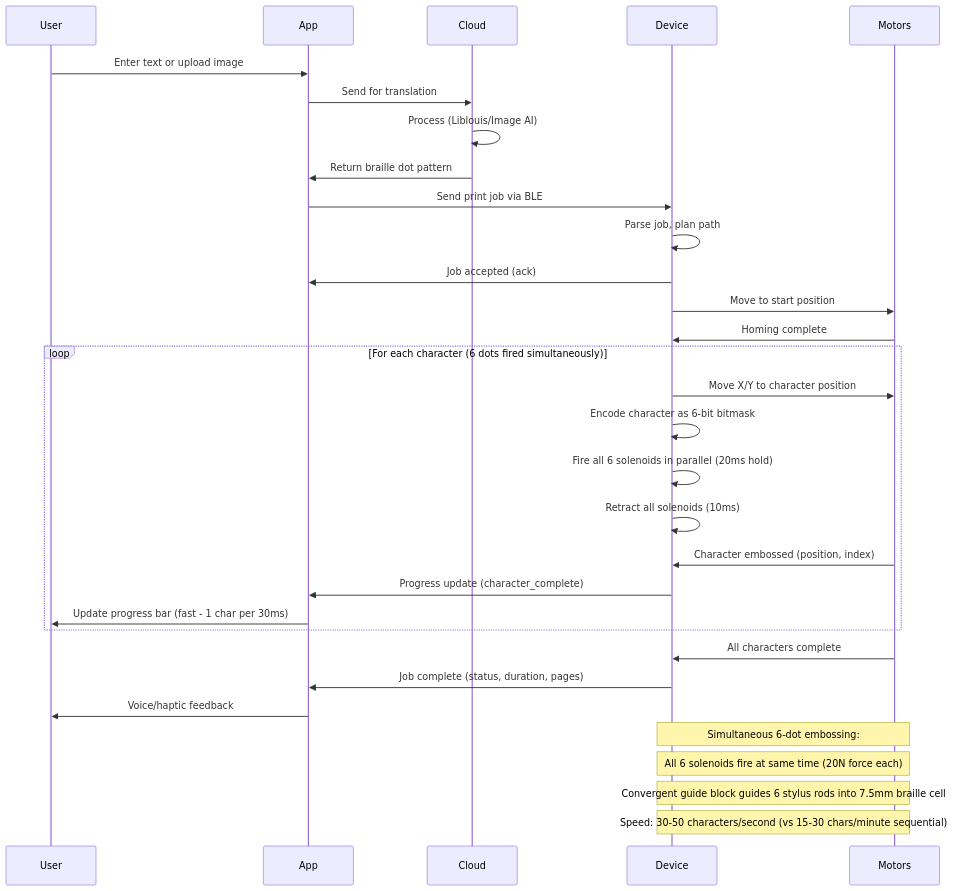
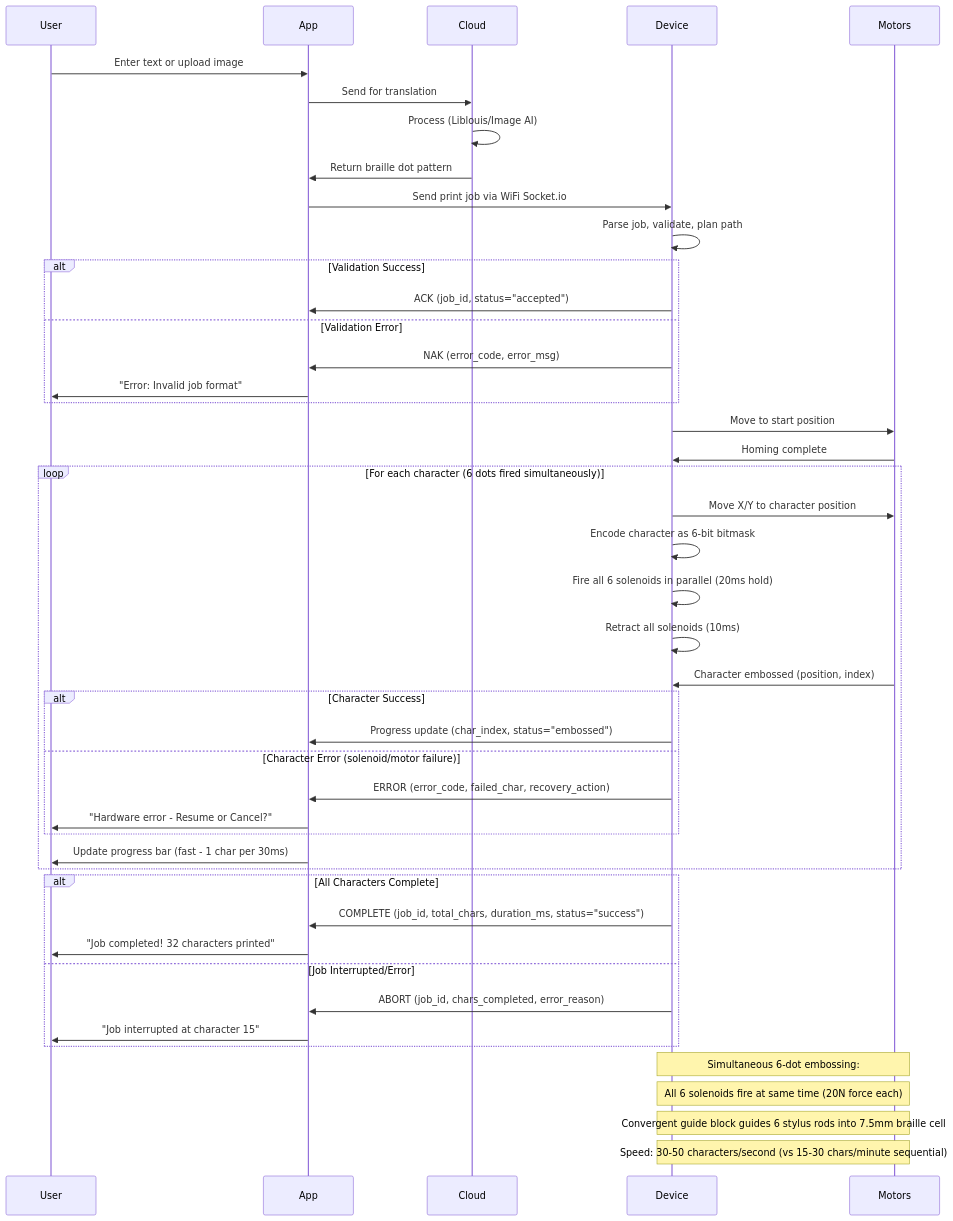
Before and after one commit to vikrantwiz02/DFP-13: the second of 5 diagrams in 04_System_Architecture.md, drawn with Mermaid. The commit also changed other lines of this file and 2 other files, not shown here.

````diff
--- a/04_System_Architecture.md
+++ b/04_System_Architecture.md
@@ -74,37 +73,55 @@
 ```mermaid
 sequenceDiagram
     participant User
     participant App
     participant Cloud
     participant Device
     participant Motors
     
     User->>App: Enter text or upload image
     App->>Cloud: Send for translation
     Cloud->>Cloud: Process (Liblouis/Image AI)
     Cloud->>App: Return braille dot pattern
-    App->>Device: Send print job via BLE
-    Device->>Device: Parse job, plan path
-    Device->>App: Job accepted (ack)
+    App->>Device: Send print job via WiFi Socket.io
+    Device->>Device: Parse job, validate, plan path
+    
+    alt Validation Success
+        Device->>App: ACK (job_id, status="accepted")
+    else Validation Error
+        Device->>App: NAK (error_code, error_msg)
+        App->>User: "Error: Invalid job format"
+    end
+    
     Device->>Motors: Move to start position
     Motors->>Device: Homing complete
     
     loop For each character (6 dots fired simultaneously)
         Device->>Motors: Move X/Y to character position
         Device->>Device: Encode character as 6-bit bitmask
         Device->>Device: Fire all 6 solenoids in parallel (20ms hold)
         Device->>Device: Retract all solenoids (10ms)
         Motors->>Device: Character embossed (position, index)
-        Device->>App: Progress update (character_complete)
+        
+        alt Character Success
+            Device->>App: Progress update (char_index, status="embossed")
+        else Character Error (solenoid/motor failure)
+            Device->>App: ERROR (error_code, failed_char, recovery_action)
+            App->>User: "Hardware error - Resume or Cancel?"
+        end
+        
         App->>User: Update progress bar (fast - 1 char per 30ms)
     end
     
-    Motors->>Device: All characters complete
-    Device->>App: Job complete (status, duration, pages)
-    App->>User: Voice/haptic feedback
+    alt All Characters Complete
+        Device->>App: COMPLETE (job_id, total_chars, duration_ms, status="success")
+        App->>User: "Job completed! 32 characters printed"
+    else Job Interrupted/Error
+        Device->>App: ABORT (job_id, chars_completed, error_reason)
+        App->>User: "Job interrupted at character 15"
+    end
     
     Note over Motors,Device: Simultaneous 6-dot embossing:
     Note over Motors,Device: All 6 solenoids fire at same time (20N force each)
     Note over Motors,Device: Convergent guide block guides 6 stylus rods into 7.5mm braille cell
     Note over Motors,Device: Speed: 30-50 characters/second (vs 15-30 chars/minute sequential)
 ```
````
